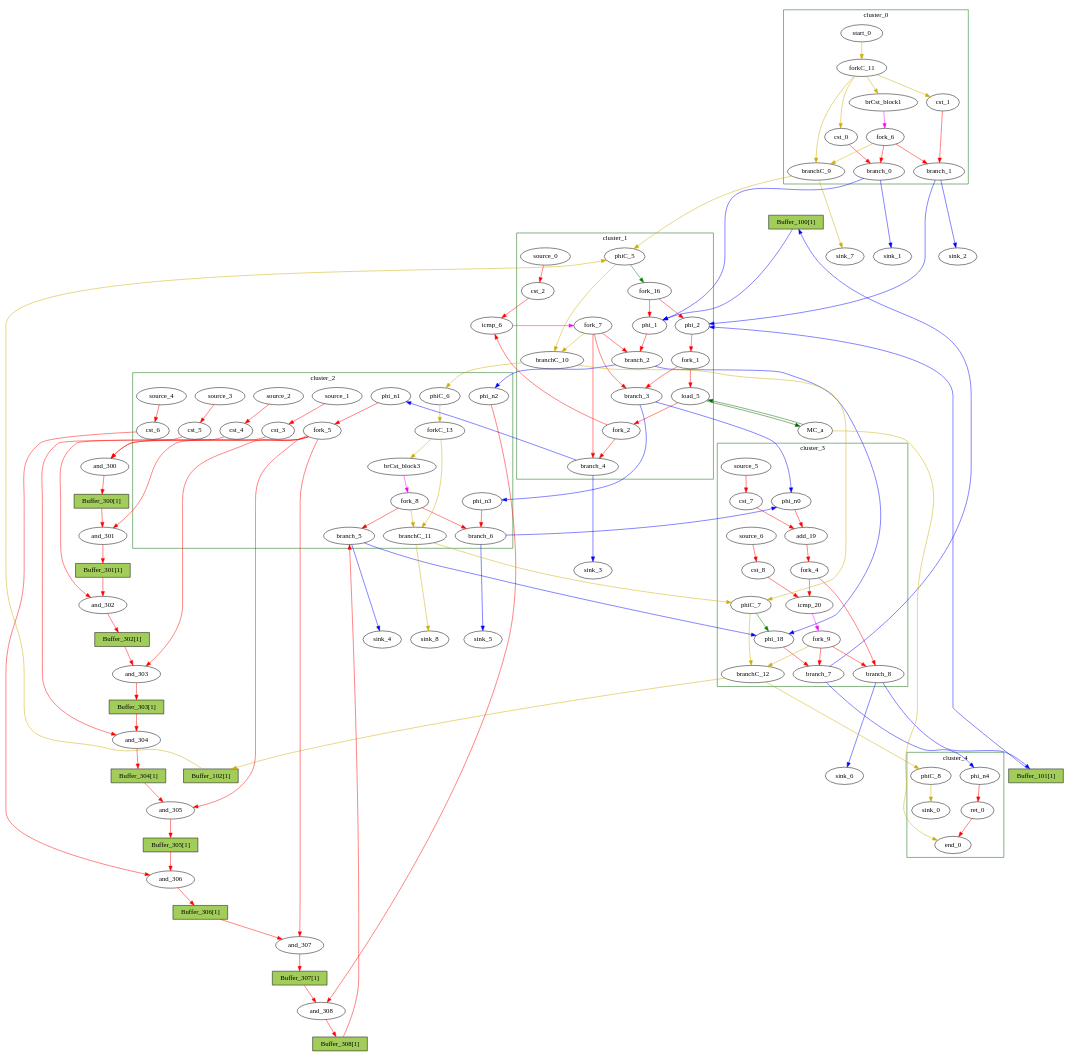
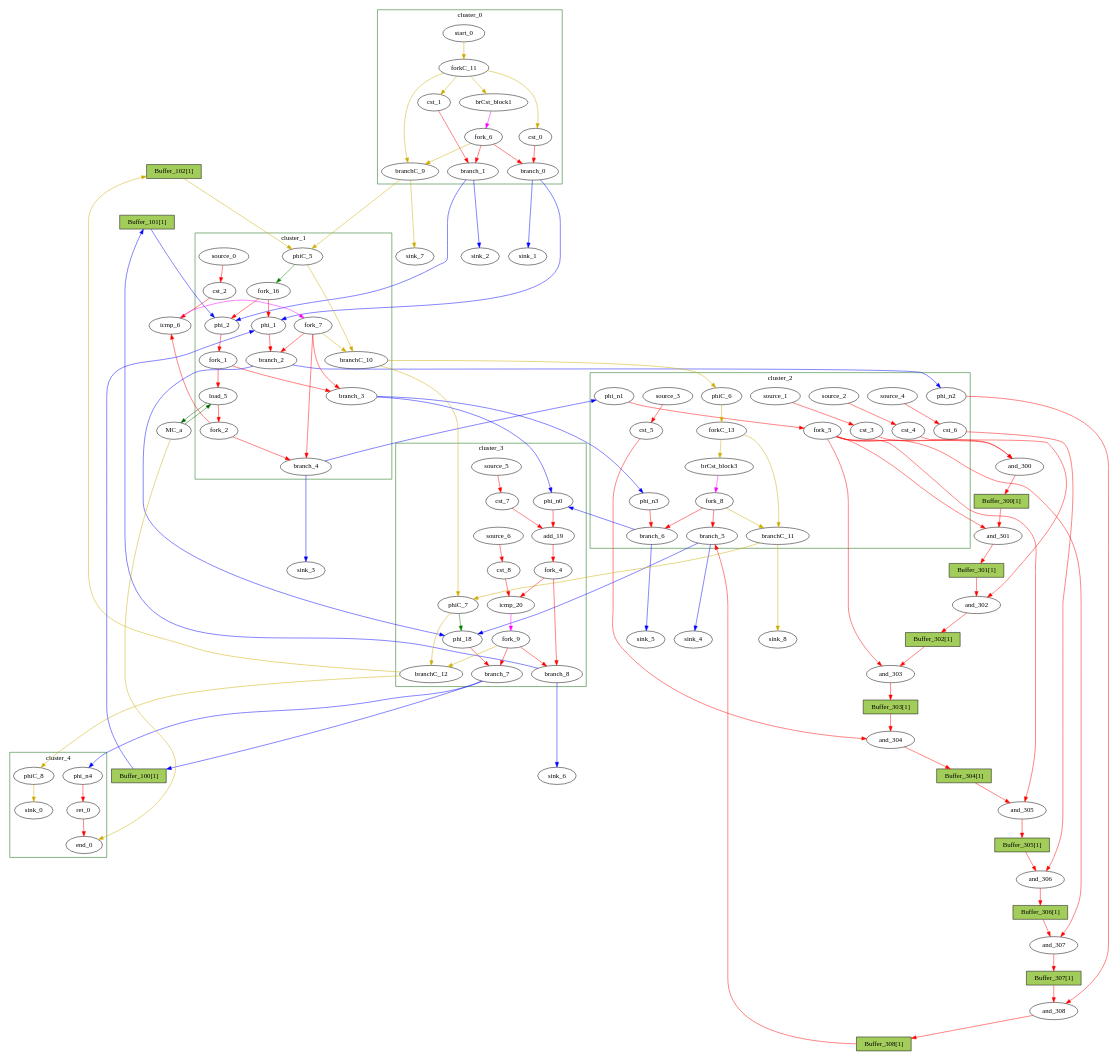
Before and after one commit to Nozidoali/MapBuf: the diagram in RegressionTest/Examples/gsum/reports/gsum_decoy.dot, drawn with Graphviz. The commit also changed other lines of this file and 31 other files, not shown here.

```diff
--- a/RegressionTest/Examples/gsum/reports/gsum_decoy.dot
+++ b/RegressionTest/Examples/gsum/reports/gsum_decoy.dot
@@ -13,23 +13,23 @@
 		"forkC_11" [type="Fork", in="in1:0", out="out1:0 out2:0 out3:0 out4:0 ", bbID=1];
 		"branchC_9" [type="Branch", in="in1:0 in2?:1", out="out1+:0 out2-:0", bbID=1];
 	}
-	subgraph cluster_cluster_3 {
+	subgraph cluster_cluster_1 {
 	color = "darkgreen";
-label = "cluster_3";
-		"phi_18" [type="Mux", in="in1?:1 in2:32 in3:32 ", out="out1:32", bbID=4, delay=1.397];
-		"cst_7" [type="Constant", in="in1:1", out="out1:1", bbID=4, value="0x00000001"];
-		"add_19" [type="Operator", in="in1:10 in2:10 ", out="out1:10 ", bbID=4, II=1, delay=2.287, latency=0, op="add_op"];
-		"cst_8" [type="Constant", in="in1:10", out="out1:10", bbID=4, value="0x000003E8"];
-		"icmp_20" [type="Operator", in="in1:10 in2:10 ", out="out1:1 ", bbID=4, II=1, delay=1.907, latency=0, op="icmp_ult_op"];
-		"phi_n0" [type="Merge", in="in1:10 in2:10 ", out="out1:10", bbID=4, delay=1.397];
-		"fork_4" [type="Fork", in="in1:10", out="out1:10 out2:10 ", bbID=4];
-		"branch_7" [type="Branch", in="in1:32 in2?:1", out="out1+:32 out2-:32", bbID=4];
-		"branch_8" [type="Branch", in="in1:10 in2?:1", out="out1+:10 out2-:10", bbID=4];
-		"fork_9" [type="Fork", in="in1:1", out="out1:1 out2:1 out3:1 ", bbID=4];
-		"phiC_7" [type="CntrlMerge", in="in1:0 in2:0 ", out="out1:0 out2?:1", bbID=4, delay=0.0];
-		"branchC_12" [type="Branch", in="in1:0 in2?:1", out="out1+:0 out2-:0", bbID=4];
-		"source_5" [type="Source", out="out1:1", bbID=4];
-		"source_6" [type="Source", out="out1:10", bbID=4];
+label = "cluster_1";
+		"phi_1" [type="Mux", in="in1?:1 in2:32 in3:32 ", out="out1:32", bbID=2, delay=1.397];
+		"phi_2" [type="Mux", in="in1?:1 in2:10 in3:10 ", out="out1:10", bbID=2, delay=1.397];
+		"load_5" [type="Operator", in="in1:32 in2:10 ", out="out1:32 out2:10 ", bbID=2, II=1, delay=1.412, latency=2, op="mc_load_op", portId=0];
+		"cst_2" [type="Constant", in="in1:32", out="out1:32", bbID=2, value="0x00000000"];
+		"fork_1" [type="Fork", in="in1:10", out="out1:10 out2:10 ", bbID=2];
+		"fork_2" [type="Fork", in="in1:32", out="out1:32 out2:32 ", bbID=2];
+		"branch_2" [type="Branch", in="in1:32 in2?:1", out="out1+:32 out2-:32", bbID=2];
+		"branch_3" [type="Branch", in="in1:10 in2?:1", out="out1+:10 out2-:10", bbID=2];
+		"branch_4" [type="Branch", in="in1:32 in2?:1", out="out1+:32 out2-:32", bbID=2];
+		"fork_7" [type="Fork", in="in1:1", out="out1:1 out2:1 out3:1 out4:1 ", bbID=2];
+		"phiC_5" [type="CntrlMerge", in="in1:0 in2:0 ", out="out1:0 out2?:1", bbID=2, delay=0.0];
+		"branchC_10" [type="Branch", in="in1:0 in2?:1", out="out1+:0 out2-:0", bbID=2];
+		"source_0" [type="Source", out="out1:32", bbID=2];
+		"fork_16" [type="Fork", in="in1:1", out="out1:1 out2:1 ", bbID=2];
 	}
 	subgraph cluster_cluster_2 {
 	color = "darkgreen";
@@ -54,23 +54,23 @@
 		"source_3" [type="Source", out="out1:32", bbID=3];
 		"source_4" [type="Source", out="out1:32", bbID=3];
 	}
-	subgraph cluster_cluster_1 {
+	subgraph cluster_cluster_3 {
 	color = "darkgreen";
-label = "cluster_1";
-		"phi_1" [type="Mux", in="in1?:1 in2:32 in3:32 ", out="out1:32", bbID=2, delay=1.397];
-		"phi_2" [type="Mux", in="in1?:1 in2:10 in3:10 ", out="out1:10", bbID=2, delay=1.397];
-		"load_5" [type="Operator", in="in1:32 in2:10 ", out="out1:32 out2:10 ", bbID=2, II=1, delay=1.412, latency=2, op="mc_load_op", portId=0];
-		"cst_2" [type="Constant", in="in1:32", out="out1:32", bbID=2, value="0x00000000"];
-		"fork_1" [type="Fork", in="in1:10", out="out1:10 out2:10 ", bbID=2];
-		"fork_2" [type="Fork", in="in1:32", out="out1:32 out2:32 ", bbID=2];
-		"branch_2" [type="Branch", in="in1:32 in2?:1", out="out1+:32 out2-:32", bbID=2];
-		"branch_3" [type="Branch", in="in1:10 in2?:1", out="out1+:10 out2-:10", bbID=2];
-		"branch_4" [type="Branch", in="in1:32 in2?:1", out="out1+:32 out2-:32", bbID=2];
-		"fork_7" [type="Fork", in="in1:1", out="out1:1 out2:1 out3:1 out4:1 ", bbID=2];
-		"phiC_5" [type="CntrlMerge", in="in1:0 in2:0 ", out="out1:0 out2?:1", bbID=2, delay=0.0];
-		"branchC_10" [type="Branch", in="in1:0 in2?:1", out="out1+:0 out2-:0", bbID=2];
-		"source_0" [type="Source", out="out1:32", bbID=2];
-		"fork_16" [type="Fork", in="in1:1", out="out1:1 out2:1 ", bbID=2];
+label = "cluster_3";
+		"phi_18" [type="Mux", in="in1?:1 in2:32 in3:32 ", out="out1:32", bbID=4, delay=1.397];
+		"cst_7" [type="Constant", in="in1:1", out="out1:1", bbID=4, value="0x00000001"];
+		"add_19" [type="Operator", in="in1:10 in2:10 ", out="out1:10 ", bbID=4, II=1, delay=2.287, latency=0, op="add_op"];
+		"cst_8" [type="Constant", in="in1:10", out="out1:10", bbID=4, value="0x000003E8"];
+		"icmp_20" [type="Operator", in="in1:10 in2:10 ", out="out1:1 ", bbID=4, II=1, delay=1.907, latency=0, op="icmp_ult_op"];
+		"phi_n0" [type="Merge", in="in1:10 in2:10 ", out="out1:10", bbID=4, delay=1.397];
+		"fork_4" [type="Fork", in="in1:10", out="out1:10 out2:10 ", bbID=4];
+		"branch_7" [type="Branch", in="in1:32 in2?:1", out="out1+:32 out2-:32", bbID=4];
+		"branch_8" [type="Branch", in="in1:10 in2?:1", out="out1+:10 out2-:10", bbID=4];
+		"fork_9" [type="Fork", in="in1:1", out="out1:1 out2:1 out3:1 ", bbID=4];
+		"phiC_7" [type="CntrlMerge", in="in1:0 in2:0 ", out="out1:0 out2?:1", bbID=4, delay=0.0];
+		"branchC_12" [type="Branch", in="in1:0 in2?:1", out="out1+:0 out2-:0", bbID=4];
+		"source_5" [type="Source", out="out1:1", bbID=4];
+		"source_6" [type="Source", out="out1:10", bbID=4];
 	}
 	subgraph cluster_cluster_4 {
 	color = "darkgreen";
```
